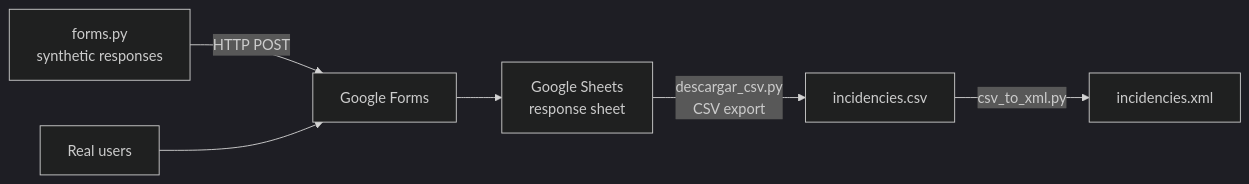
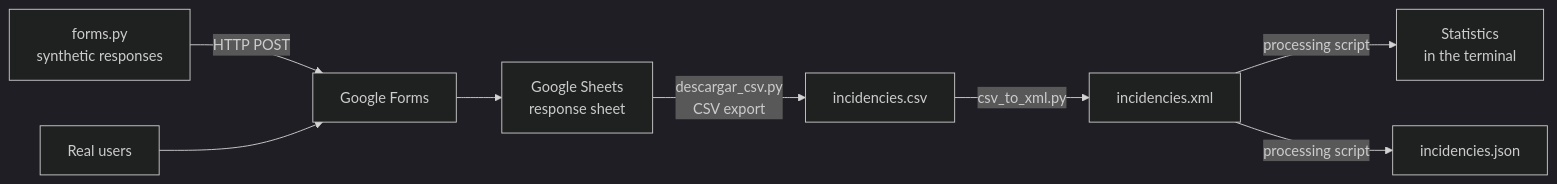
The first of 2 diagrams in README.md (ASIXcD1MDS/TA04-g07-ValyaevAlexander-PonziGabriel-ASIXc1D), drawn with Mermaid (dark theme) before and after one commit. The commit also changed other lines of this file, not shown here.

````diff
--- a/README.md
+++ b/README.md
@@ -36,8 +43,10 @@
 ```mermaid
 flowchart LR
     A[forms.py<br/>synthetic responses] -->|HTTP POST| B[Google Forms]
     U[Real users] --> B
     B --> C[Google Sheets<br/>response sheet]
     C -->|descargar_csv.py<br/>CSV export| D[incidencies.csv]
     D -->|csv_to_xml.py| E[incidencies.xml]
+    E -->|processing script| F[Statistics<br/>in the terminal]
+    E -->|processing script| G[incidencies.json]
 ```
````
